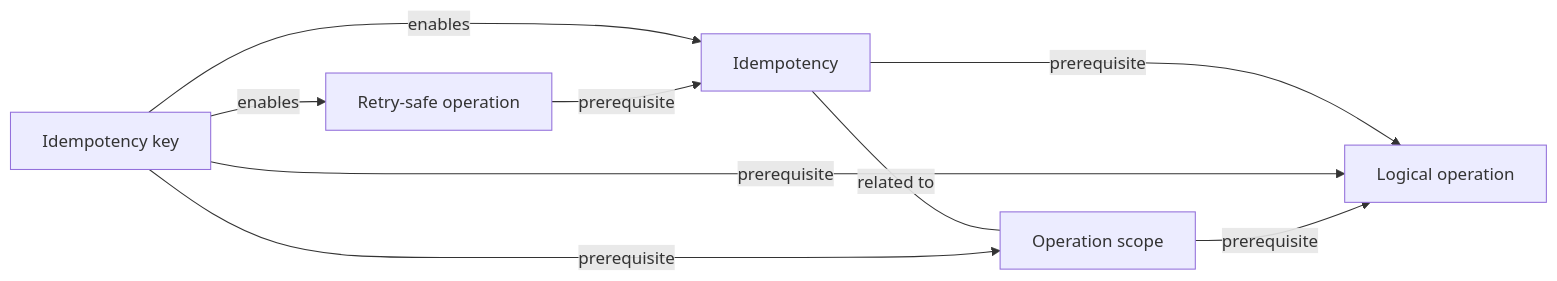
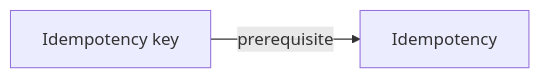
Before and after one commit to FuqingZh/learning-lab: the diagram in maps/concepts/idempotency-key.md, drawn with Mermaid. The commit also changed other lines of this file and 42 other files, not shown here.

````diff
--- a/maps/concepts/idempotency-key.md
+++ b/maps/concepts/idempotency-key.md
@@ -41,16 +41,6 @@
 ```mermaid
 flowchart LR
   idempotency["Idempotency"]
   idempotency_key["Idempotency key"]
-  logical_operation["Logical operation"]
-  operation_scope["Operation scope"]
-  retry_safe_operation["Retry-safe operation"]
-  idempotency -->|prerequisite| logical_operation
-  idempotency ---|related to| operation_scope
-  idempotency_key -->|enables| idempotency
-  idempotency_key -->|enables| retry_safe_operation
-  idempotency_key -->|prerequisite| logical_operation
-  idempotency_key -->|prerequisite| operation_scope
-  operation_scope -->|prerequisite| logical_operation
-  retry_safe_operation -->|prerequisite| idempotency
+  idempotency_key -->|prerequisite| idempotency
 ```
````
